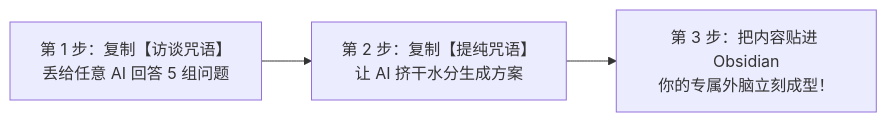
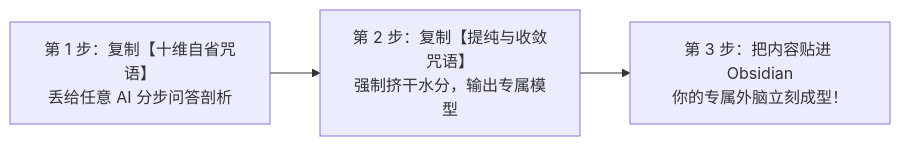
The diagram in docs/QUICK_START.md (amen121386/Know-Yourself), drawn with Mermaid before and after one commit. The commit also changed other lines of this file and 4 other files, not shown here.

````diff
--- a/docs/QUICK_START.md
+++ b/docs/QUICK_START.md
@@ -12,5 +12,5 @@
 ```mermaid
 flowchart LR
-    A["第 1 步：复制【访谈咒语】<br>丢给任意 AI 回答 5 组问题"] --> B["第 2 步：复制【提纯咒语】<br>让 AI 挤干水分生成方案"]
+    A["第 1 步：复制【十维自省咒语】<br>丢给任意 AI 分步问答剖析"] --> B["第 2 步：复制【提纯与收敛咒语】<br>强制挤干水分，输出专属模型"]
     B --> C["第 3 步：把内容贴进 Obsidian<br>你的专属外脑立刻成型！"]
 ```
````
